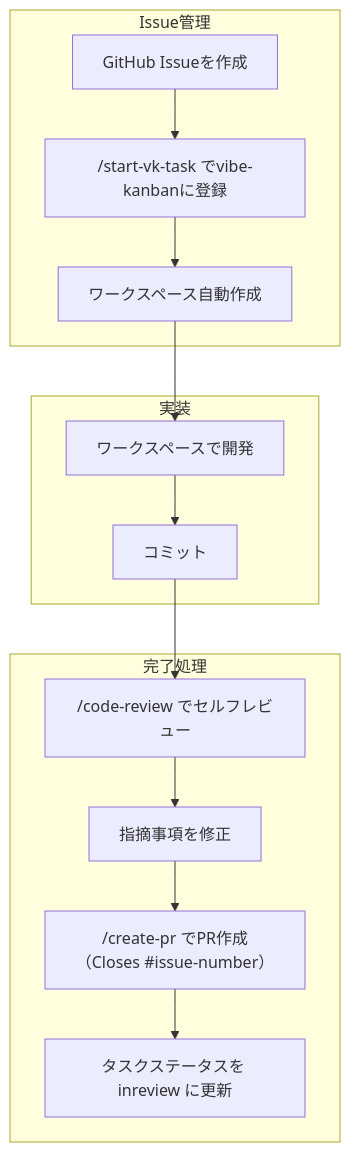
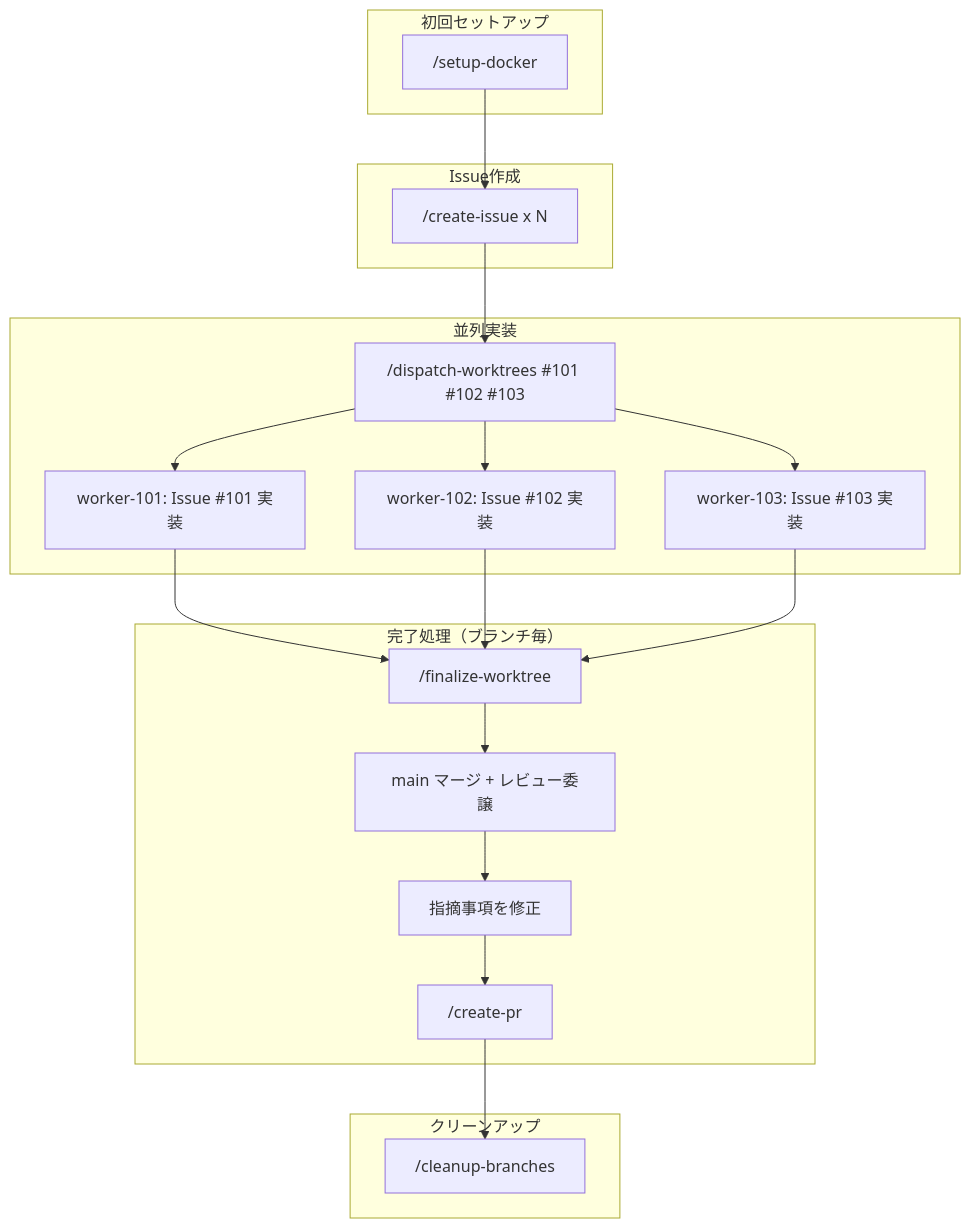
Before and after one commit to hiroto-aibara/claude-code-skill-example: the diagram in README.md, drawn with Mermaid. The commit also changed other lines of this file and 16 other files, not shown here.

````diff
--- a/README.md
+++ b/README.md
@@ -113,26 +114,35 @@
 ```mermaid
 flowchart TD
-    subgraph IssueManagement["Issue管理"]
-        A["GitHub Issueを作成"]
-        B["/start-vk-task でvibe-kanbanに登録"]
-        C["ワークスペース自動作成"]
-        A --> B --> C
+    subgraph Setup["初回セットアップ"]
+        A["/setup-docker"]
     end
 
-    subgraph Implementation["実装"]
-        D["ワークスペースで開発"]
-        E["コミット"]
-        D --> E
+    subgraph Issues["Issue作成"]
+        A2["/create-issue x N"]
     end
 
-    subgraph Completion["完了処理"]
-        F["/code-review でセルフレビュー"]
-        G["指摘事項を修正"]
-        H["/create-pr でPR作成（Closes #issue-number）"]
-        I["タスクステータスを inreview に更新"]
-        F --> G --> H --> I
+    subgraph Dispatch["並列実装"]
+        B["/dispatch-worktrees #101 #102 #103"]
+        C1["worker-101: Issue #101 実装"]
+        C2["worker-102: Issue #102 実装"]
+        C3["worker-103: Issue #103 実装"]
+        B --> C1 & C2 & C3
     end
 
-    C --> D
-    E --> F
+    subgraph Finalize["完了処理（ブランチ毎）"]
+        D["/finalize-worktree"]
+        E["main マージ + レビュー委譲"]
+        F["指摘事項を修正"]
+        G["/create-pr"]
+        D --> E --> F --> G
+    end
+
+    subgraph Cleanup["クリーンアップ"]
+        H["/cleanup-branches"]
+    end
+
+    A --> A2
+    A2 --> B
+    C1 & C2 & C3 --> D
+    G --> H
 ```
````
